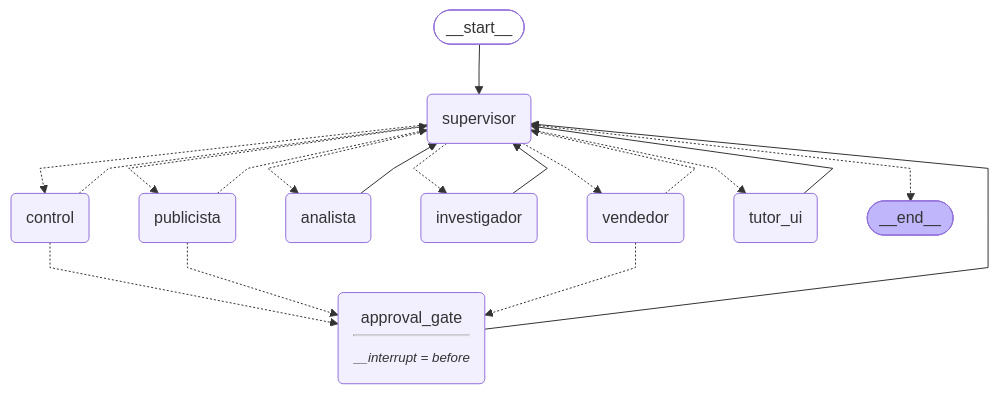
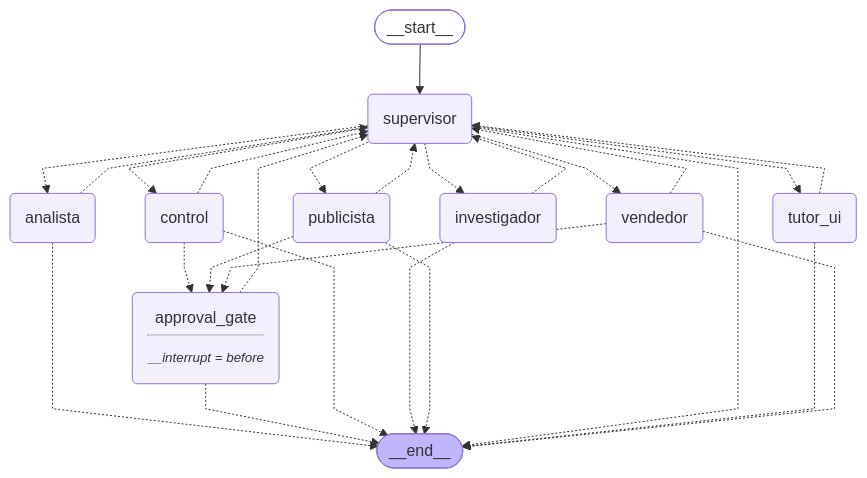
Before and after one commit to NeilDMJ/tiendita-ia: the diagram in enjambre_agentes/ARCHITECTURE_GRAPH.md, drawn with Mermaid. The commit also changed 42 other files, not shown here.

````diff
--- a/enjambre_agentes/ARCHITECTURE_GRAPH.md
+++ b/enjambre_agentes/ARCHITECTURE_GRAPH.md
@@ -3,40 +3,47 @@
 ```mermaid
 ---
 config:
   flowchart:
     curve: linear
 ---
 graph TD;
 	__start__([<p>__start__</p>]):::first
 	supervisor(supervisor)
 	control(control)
 	vendedor(vendedor)
 	analista(analista)
 	investigador(investigador)
 	publicista(publicista)
 	tutor_ui(tutor_ui)
 	approval_gate(approval_gate<hr/><small><em>__interrupt = before</em></small>)
 	__end__([<p>__end__</p>]):::last
 	__start__ --> supervisor;
-	analista --> supervisor;
-	approval_gate --> supervisor;
+	analista -.-> __end__;
+	analista -.-> supervisor;
+	approval_gate -.-> __end__;
+	approval_gate -.-> supervisor;
+	control -.-> __end__;
 	control -.-> approval_gate;
 	control -.-> supervisor;
-	investigador --> supervisor;
+	investigador -.-> __end__;
+	investigador -.-> supervisor;
+	publicista -.-> __end__;
 	publicista -.-> approval_gate;
 	publicista -.-> supervisor;
 	supervisor -.-> __end__;
 	supervisor -.-> analista;
 	supervisor -.-> control;
 	supervisor -.-> investigador;
 	supervisor -.-> publicista;
 	supervisor -.-> tutor_ui;
 	supervisor -.-> vendedor;
-	tutor_ui --> supervisor;
+	tutor_ui -.-> __end__;
+	tutor_ui -.-> supervisor;
+	vendedor -.-> __end__;
 	vendedor -.-> approval_gate;
 	vendedor -.-> supervisor;
 	classDef default fill:#f2f0ff,line-height:1.2
 	classDef first fill-opacity:0
 	classDef last fill:#bfb6fc
 
 ```
````
